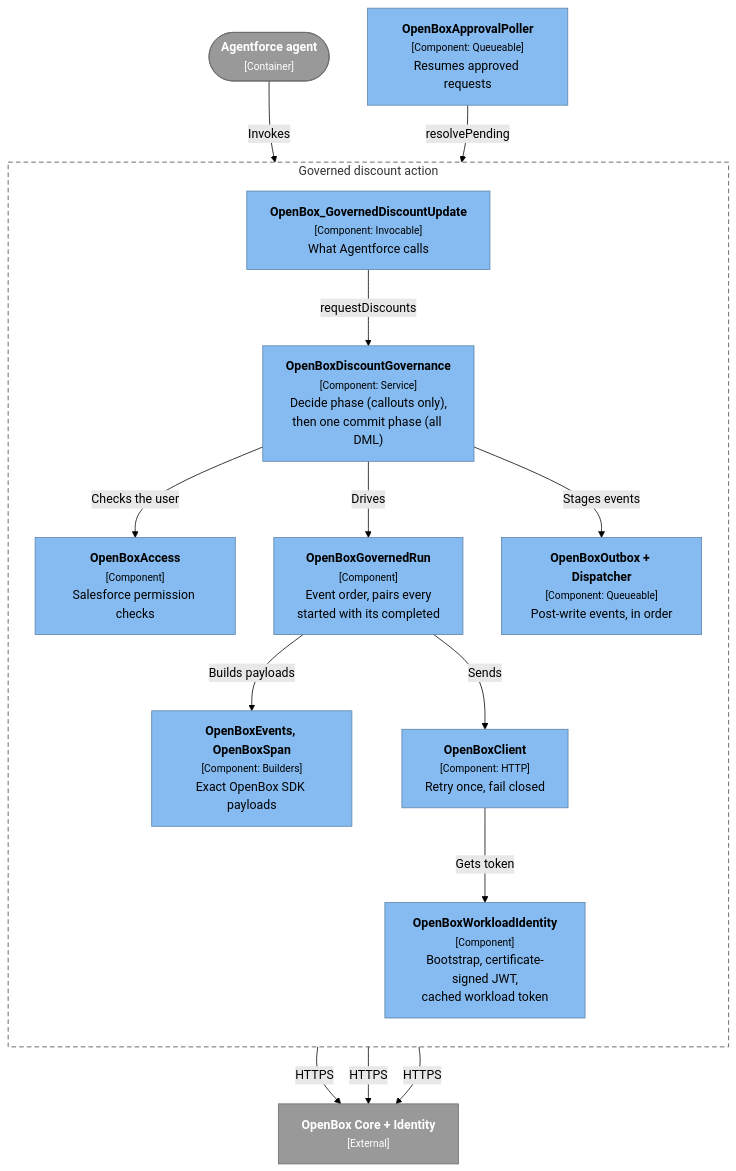
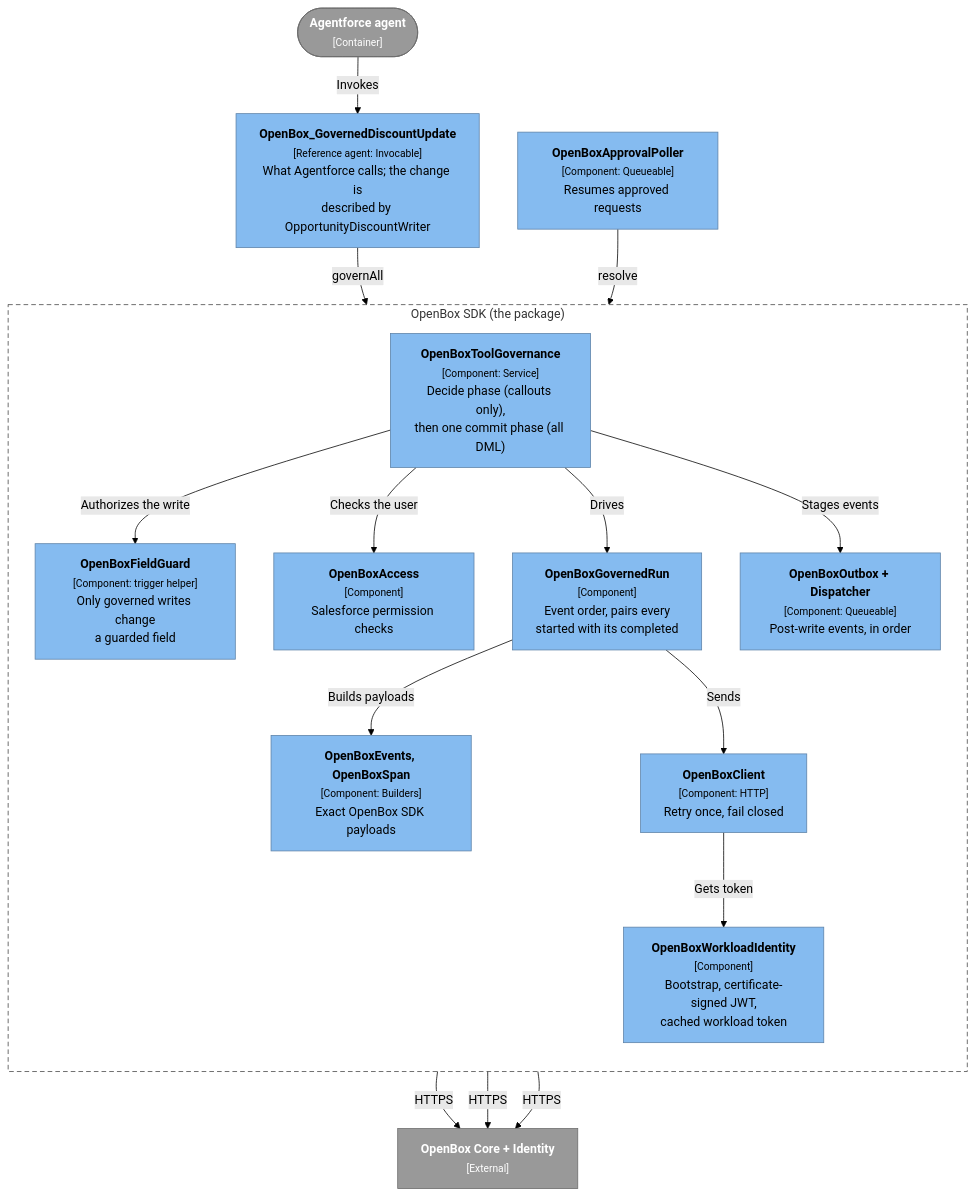
Before and after one commit to OpenBox-AI/openbox-agentforce-sdk: the third of 7 diagrams in README.md, drawn with Mermaid (forest theme). The commit also changed other lines of this file and 72 other files, not shown here.

First line of the commit message:
PROD-952 Generic governed record writes; discount moves to the reference agent

````diff
--- a/README.md
+++ b/README.md
@@ -126,36 +129,39 @@
 ```mermaid
 flowchart TB
   agent(["<b>Agentforce agent</b><br/><small>[Container]</small>"]):::ext
   poller["<b>OpenBoxApprovalPoller</b><br/><small>[Component: Queueable]</small><br/>Resumes approved requests"]:::component
 
-  subgraph action["Governed discount action"]
+  entry["<b>OpenBox_GovernedDiscountUpdate</b><br/><small>[Reference agent: Invocable]</small><br/>What Agentforce calls; the change is<br/>described by OpportunityDiscountWriter"]:::component
+
+  subgraph action["OpenBox SDK (the package)"]
     direction TB
-    entry["<b>OpenBox_GovernedDiscountUpdate</b><br/><small>[Component: Invocable]</small><br/>What Agentforce calls"]:::component
-    gov["<b>OpenBoxDiscountGovernance</b><br/><small>[Component: Service]</small><br/>Decide phase (callouts only),<br/>then one commit phase (all DML)"]:::component
+    gov["<b>OpenBoxToolGovernance</b><br/><small>[Component: Service]</small><br/>Decide phase (callouts only),<br/>then one commit phase (all DML)"]:::component
+    guard["<b>OpenBoxFieldGuard</b><br/><small>[Component: trigger helper]</small><br/>Only governed writes change<br/>a guarded field"]:::component
     access["<b>OpenBoxAccess</b><br/><small>[Component]</small><br/>Salesforce permission checks"]:::component
     run["<b>OpenBoxGovernedRun</b><br/><small>[Component]</small><br/>Event order, pairs every<br/>started with its completed"]:::component
     events["<b>OpenBoxEvents, OpenBoxSpan</b><br/><small>[Component: Builders]</small><br/>Exact OpenBox SDK payloads"]:::component
     client["<b>OpenBoxClient</b><br/><small>[Component: HTTP]</small><br/>Retry once, fail closed"]:::component
     wid["<b>OpenBoxWorkloadIdentity</b><br/><small>[Component]</small><br/>Bootstrap, certificate-signed JWT,<br/>cached workload token"]:::component
     outbox["<b>OpenBoxOutbox + Dispatcher</b><br/><small>[Component: Queueable]</small><br/>Post-write events, in order"]:::component
   end
 
   core["<b>OpenBox Core + Identity</b><br/><small>[External]</small>"]:::ext
 
   agent -- "Invokes" --> entry
-  entry -- "requestDiscounts" --> gov
-  poller -- "resolvePending" --> gov
+  entry -- "governAll" --> gov
+  poller -- "resolve" --> gov
+  gov -- "Authorizes the write" --> guard
   gov -- "Checks the user" --> access
   gov -- "Drives" --> run
   gov -- "Stages events" --> outbox
   run -- "Builds payloads" --> events
   run -- "Sends" --> client
   client -- "Gets token" --> wid
   client -- "HTTPS" --> core
   wid -- "HTTPS" --> core
   outbox -- "HTTPS" --> core
 
   classDef component fill:#85bbf0,stroke:#5d82a8,color:#000
   classDef ext fill:#999999,stroke:#6b6b6b,color:#fff
   style action fill:none,stroke:#444,stroke-dasharray:6 4
 ```
````
